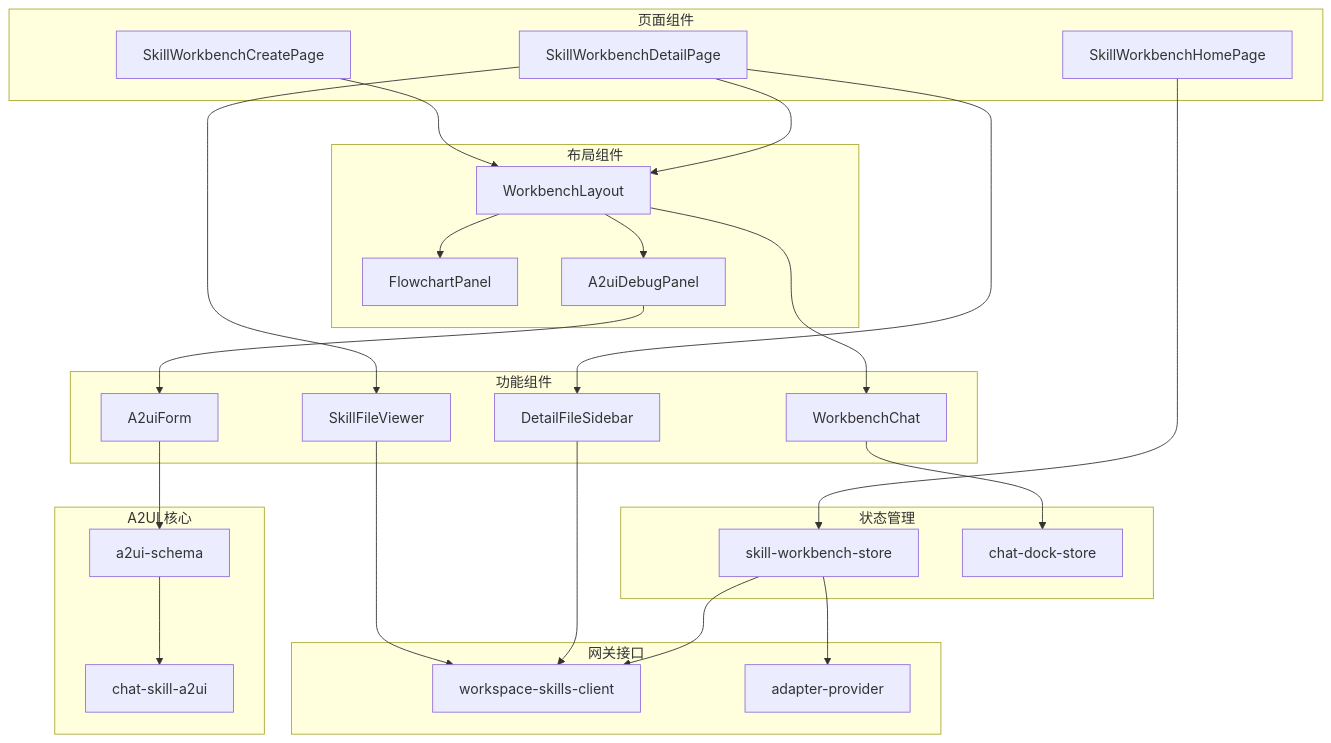
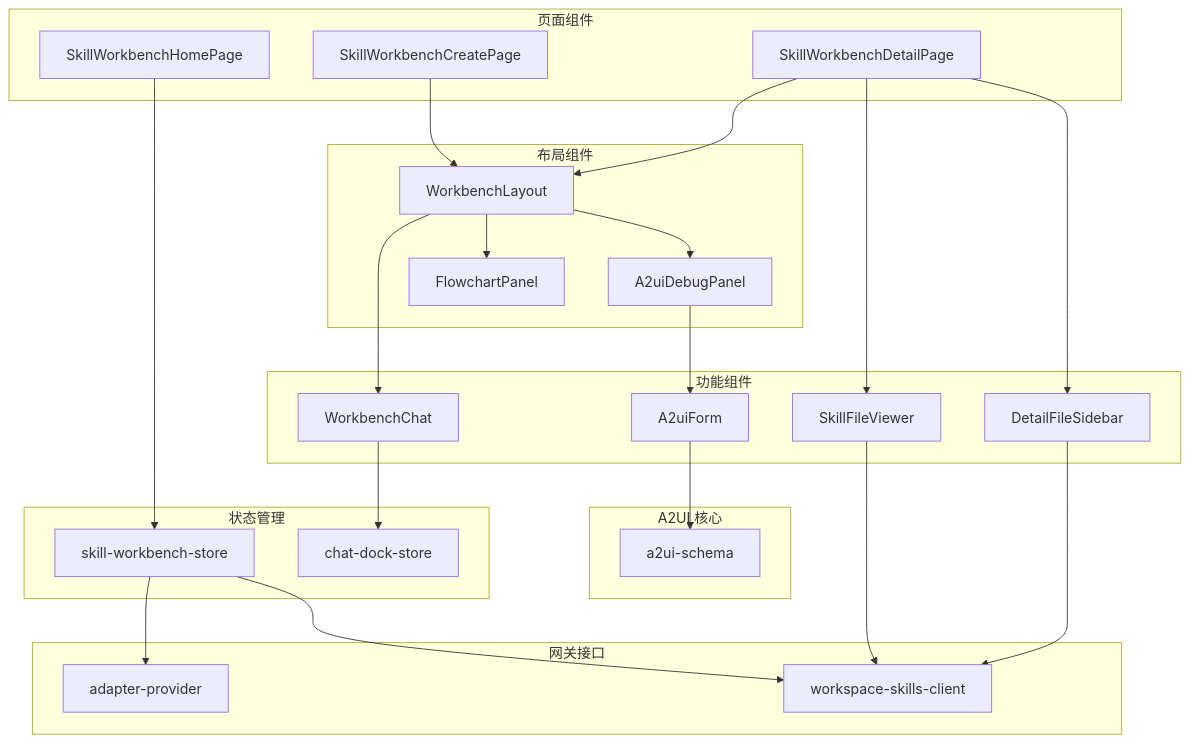
Before and after one commit to WW-AI-Lab/openclaw-office: diagram 11 of 11 in .qoder/repowiki/zh/content/开发者指南/技能工作台使用指南.md, drawn with Mermaid. The commit also changed other lines of this file and 11 other files, not shown here.

````diff
--- a/.qoder/repowiki/zh/content/开发者指南/技能工作台使用指南.md
+++ b/.qoder/repowiki/zh/content/开发者指南/技能工作台使用指南.md
@@ -460,47 +459,45 @@
 ```mermaid
 graph TB
 subgraph "页面组件"
 HomePage[SkillWorkbenchHomePage]
 CreatePage[SkillWorkbenchCreatePage]
 DetailPage[SkillWorkbenchDetailPage]
 end
 subgraph "布局组件"
 WorkbenchLayout[WorkbenchLayout]
 FlowchartPanel[FlowchartPanel]
 A2uiDebugPanel[A2uiDebugPanel]
 end
 subgraph "功能组件"
 WorkbenchChat[WorkbenchChat]
 SkillFileViewer[SkillFileViewer]
 DetailFileSidebar[DetailFileSidebar]
 A2uiForm[A2uiForm]
 end
 subgraph "状态管理"
 SkillWorkbenchStore[skill-workbench-store]
 ChatDockStore[chat-dock-store]
 end
 subgraph "网关接口"
 WorkspaceSkillsClient[workspace-skills-client]
 AdapterProvider[adapter-provider]
 end
 subgraph "A2UI 核心"
 A2uiSchema[a2ui-schema]
-ChatSkillA2ui[chat-skill-a2ui]
 end
 HomePage --> SkillWorkbenchStore
 CreatePage --> WorkbenchLayout
 DetailPage --> WorkbenchLayout
 WorkbenchLayout --> WorkbenchChat
 WorkbenchLayout --> FlowchartPanel
 WorkbenchLayout --> A2uiDebugPanel
 DetailPage --> SkillFileViewer
 DetailPage --> DetailFileSidebar
 WorkbenchChat --> ChatDockStore
 SkillFileViewer --> WorkspaceSkillsClient
 DetailFileSidebar --> WorkspaceSkillsClient
 A2uiDebugPanel --> A2uiForm
 A2uiForm --> A2uiSchema
-A2uiSchema --> ChatSkillA2ui
 SkillWorkbenchStore --> AdapterProvider
 SkillWorkbenchStore --> WorkspaceSkillsClient
 ```
````
